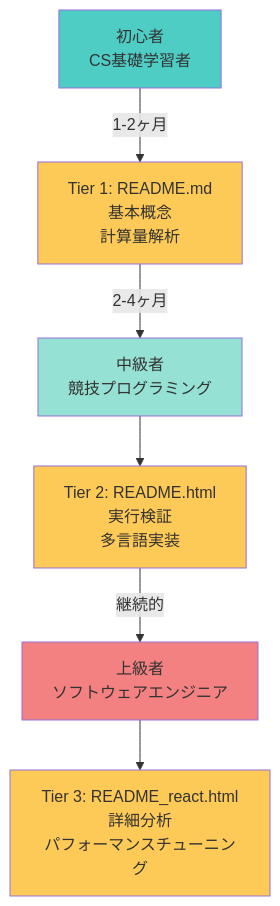
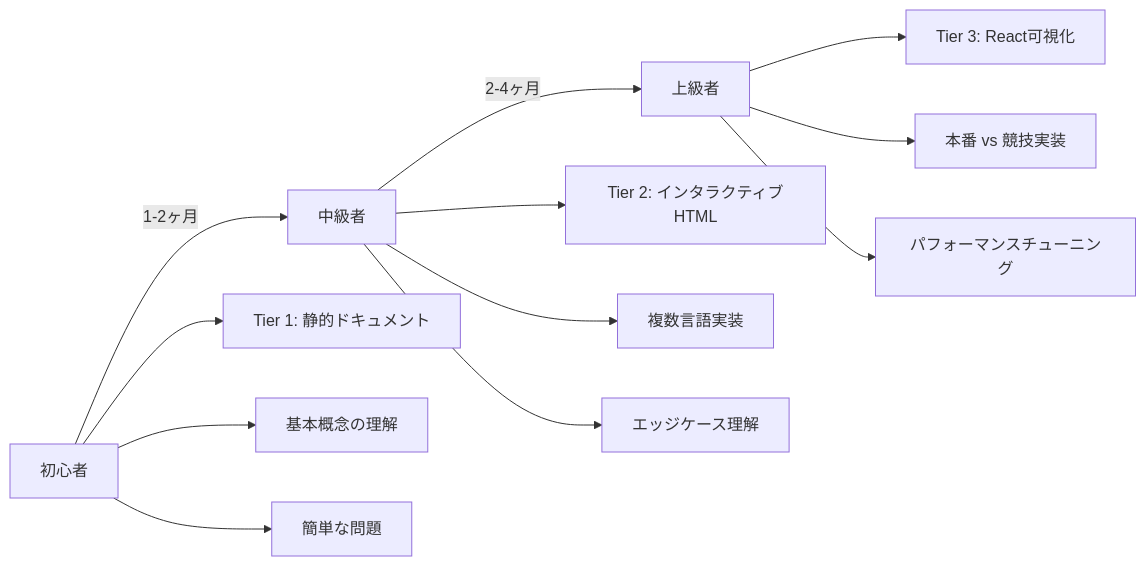
One commit to myoshi2891/Algorithm-DataStructures-Math-SQL changed diagram 12 of 12 in README.md. Above: the diagram before and after it, drawn with Mermaid. The commit also changed other lines of this file, not shown here.

````diff
--- a/README.md
+++ b/README.md
@@ -768,17 +869,17 @@
 ```mermaid
-graph TB
-    Beginner[初心者<br/>CS基礎学習者] -->|1-2ヶ月| T1[Tier 1: README.md<br/>基本概念<br/>計算量解析]
+graph LR
+    A[初心者] -->|1-2ヶ月| B[中級者]
+    B -->|2-4ヶ月| C[上級者]
     
-    T1 -->|2-4ヶ月| Intermediate[中級者<br/>競技プログラミング]
-    Intermediate --> T2[Tier 2: README.html<br/>実行検証<br/>多言語実装]
+    A --> A1[Tier 1: 静的ドキュメント]
+    A --> A2[基本概念の理解]
+    A --> A3[簡単な問題]
     
-    T2 -->|継続的| Advanced[上級者<br/>ソフトウェアエンジニア]
-    Advanced --> T3[Tier 3: README_react.html<br/>詳細分析<br/>パフォーマンスチューニング]
+    B --> B1[Tier 2: インタラクティブHTML]
+    B --> B2[複数言語実装]
+    B --> B3[エッジケース理解]
     
-    style Beginner fill:#4ecdc4
-    style Intermediate fill:#95e1d3
-    style Advanced fill:#f38181
-    style T1 fill:#feca57
-    style T2 fill:#feca57
-    style T3 fill:#feca57
+    C --> C1[Tier 3: React可視化]
+    C --> C2[本番 vs 競技実装]
+    C --> C3[パフォーマンスチューニング]
 ```
````
